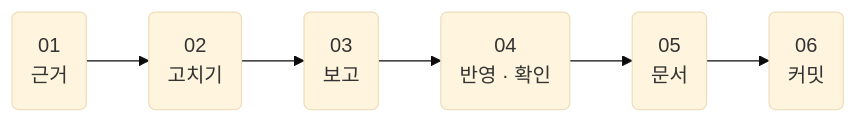
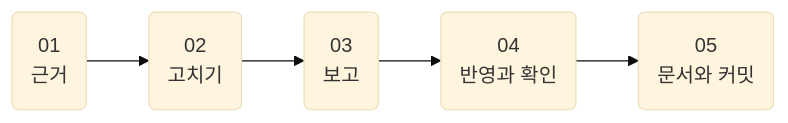
The first of 2 diagrams in document/working/workflow.md (minu-ha/uoo), drawn with Mermaid (base theme) before and after one commit. The commit also changed other lines of this file and 4 other files, not shown here.

````diff
--- a/document/working/workflow.md
+++ b/document/working/workflow.md
@@ -13,8 +13,7 @@
 ```mermaid
 flowchart LR
   a("01<br>근거") --> b("02<br>고치기")
   b --> c("03<br>보고")
-  c --> d("04<br>반영 · 확인")
-  d --> e("05<br>문서")
-  e --> f("06<br>커밋")
+  c --> d("04<br>반영과 확인")
+  d --> e("05<br>문서와 커밋")
 ```
````
